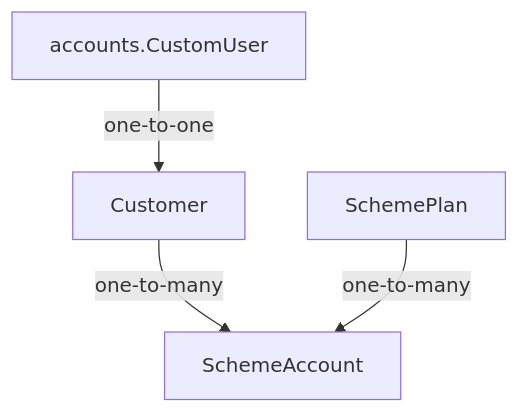
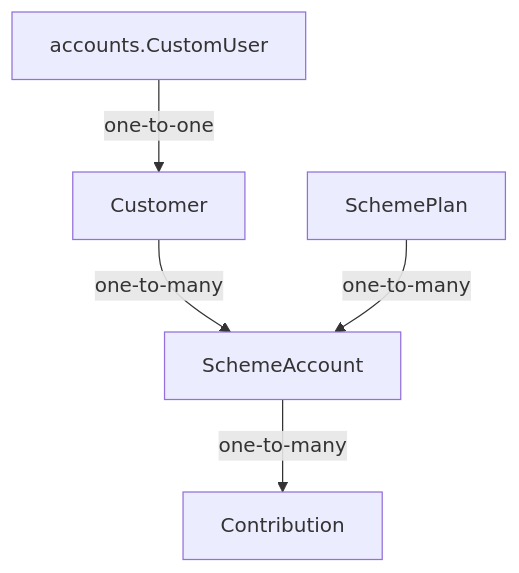
One commit to rajeshr188/jsk-ss changed the diagram in docs/ARCHITECTURE.md. Above: the diagram before and after it, drawn with Mermaid. The commit also changed other lines of this file and 25 other files, not shown here.

````diff
--- a/docs/ARCHITECTURE.md
+++ b/docs/ARCHITECTURE.md
@@ -15,6 +15,7 @@
 ```mermaid
 graph TD
   U[accounts.CustomUser] -->|one-to-one| C[Customer]
   C -->|one-to-many| A[SchemeAccount]
   P[SchemePlan] -->|one-to-many| A
+  A -->|one-to-many| N[Contribution]
 ```
````
